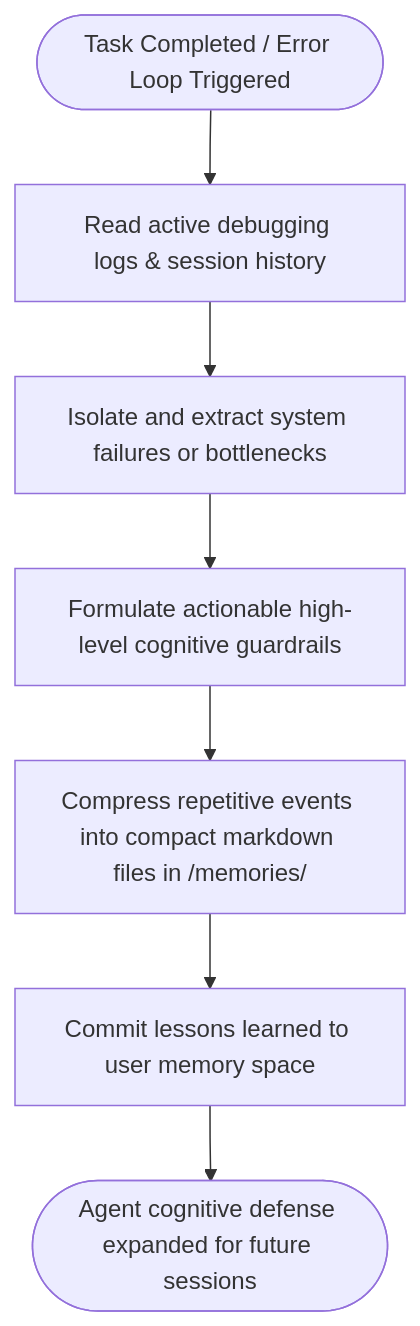
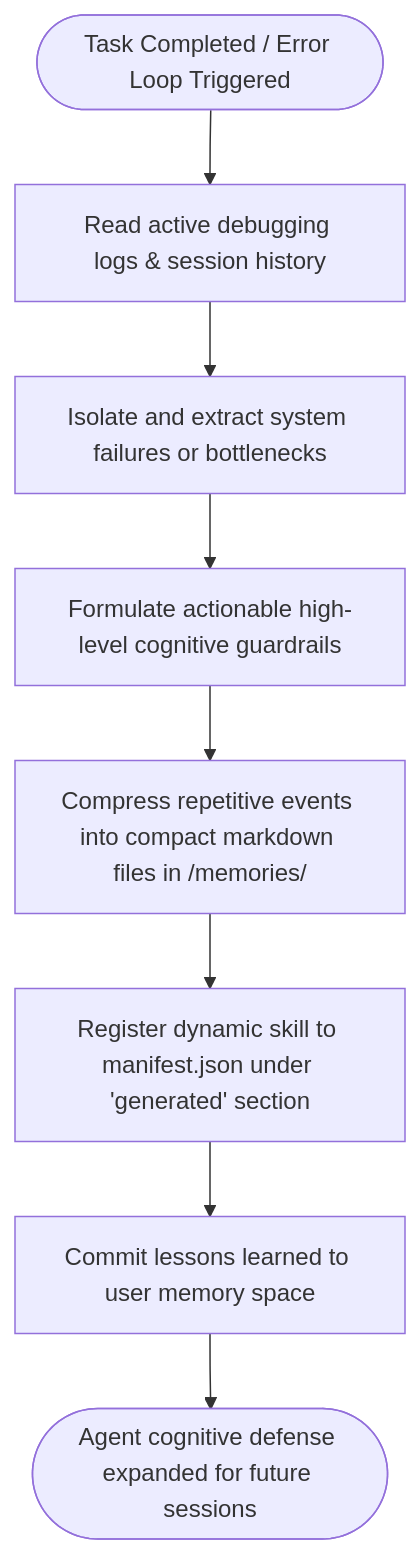
Before and after one commit to dyphn1/Harness-everything: the first of 3 diagrams in docs/workflows/self-evolve.md, drawn with Mermaid. The commit also changed other lines of this file and 1 other file, not shown here.

Commit message:
docs(workflows): update self-evolve and skill-creator workflows with manifest registration and auto-discovery paths

````diff
--- a/docs/workflows/self-evolve.md
+++ b/docs/workflows/self-evolve.md
@@ -11,9 +11,10 @@
 ```mermaid
 graph TD
   Start([Task Completed / Error Loop Triggered]) --> ReadSessionLogs["Read active debugging logs & session history"]
   ReadSessionLogs --> IdentifyRootCauses["Isolate and extract system failures or bottlenecks"]
   IdentifyRootCauses --> SynthesizeGuardrails["Formulate actionable high-level cognitive guardrails"]
   SynthesizeGuardrails --> CompressMemories["Compress repetitive events into compact markdown files in /memories/"]
-  CompressMemories --> UpdateUserMemory["Commit lessons learned to user memory space"]
+  CompressMemories --> RegisterManifest["Register dynamic skill to manifest.json under 'generated' section"]
+  RegisterManifest --> UpdateUserMemory["Commit lessons learned to user memory space"]
   UpdateUserMemory --> End([Agent cognitive defense expanded for future sessions])
 ```
````
